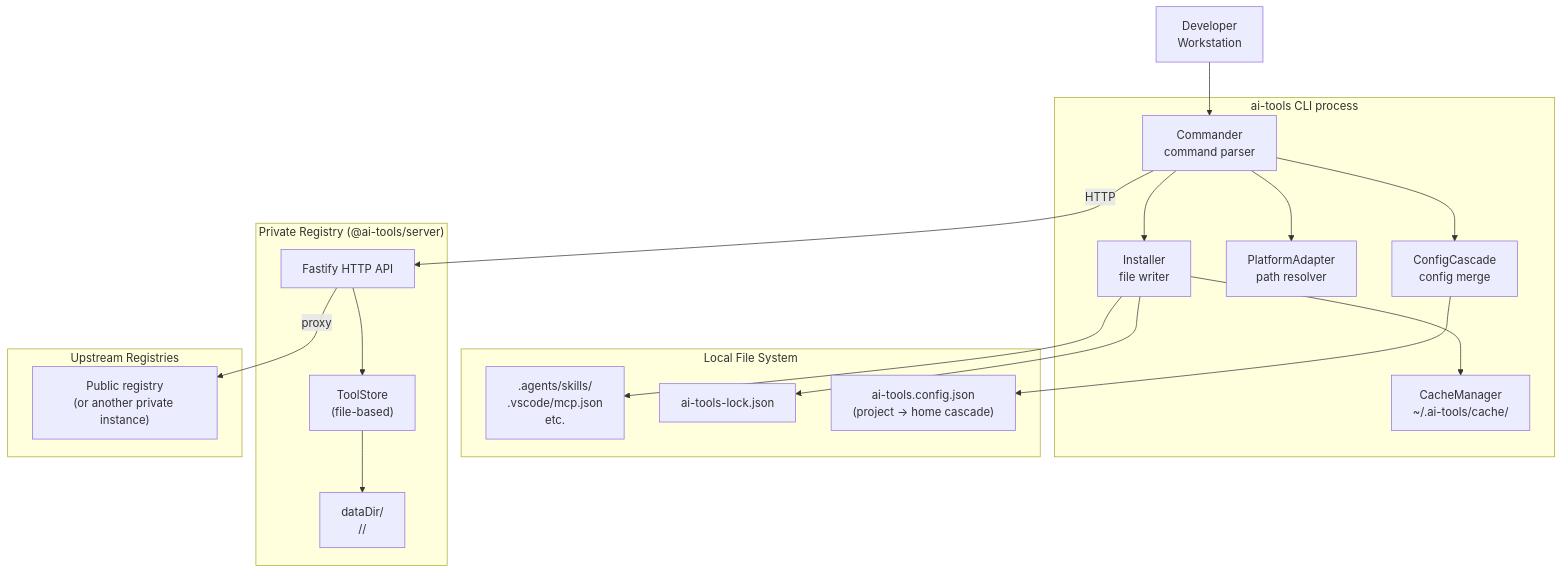
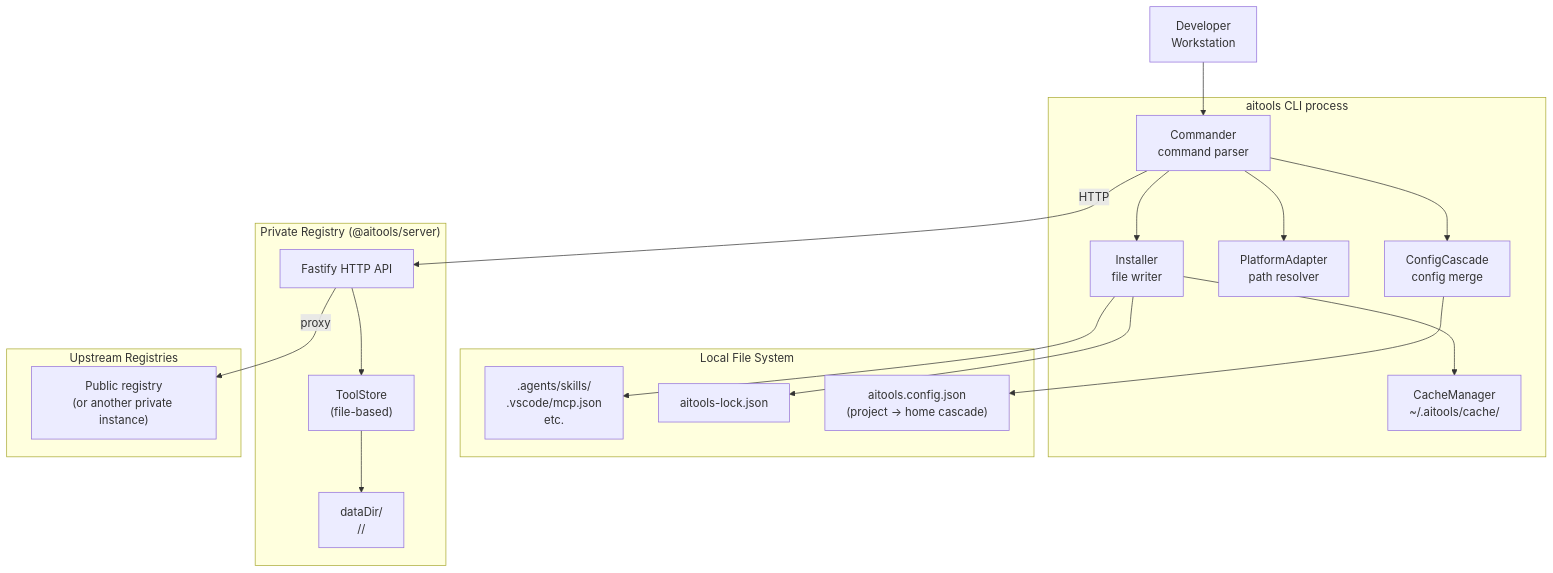
The second of 7 diagrams in docs/design/architecture.md (bitgenetics/aitools), drawn with Mermaid before and after one commit. The commit also changed other lines of this file and 132 other files, not shown here.

First line of the commit message:
refactor: rebrand to aitools CLI and @aitools/* packages

````diff
--- a/docs/design/architecture.md
+++ b/docs/design/architecture.md
@@ -32,41 +32,41 @@
 ```mermaid
 graph TD
     dev["Developer<br/>Workstation"]
 
-    subgraph cli_process["ai-tools CLI process"]
+    subgraph cli_process["aitools CLI process"]
         cli["Commander<br/>command parser"]
         cfg["ConfigCascade<br/>config merge"]
         adp["PlatformAdapter<br/>path resolver"]
         inst["Installer<br/>file writer"]
-        cache["CacheManager<br/>~/.ai-tools/cache/"]
+        cache["CacheManager<br/>~/.aitools/cache/"]
     end
 
     subgraph fs["Local File System"]
         project_files[".agents/skills/<br/>.vscode/mcp.json<br/>etc."]
-        lock["ai-tools-lock.json"]
-        config_files["ai-tools.config.json<br/>(project → home cascade)"]
+        lock["aitools-lock.json"]
+        config_files["aitools.config.json<br/>(project → home cascade)"]
     end
 
-    subgraph private_registry["Private Registry (@ai-tools/server)"]
+    subgraph private_registry["Private Registry (@aitools/server)"]
         api["Fastify HTTP API"]
         store["ToolStore<br/>(file-based)"]
         data["dataDir/<br/><name>/<version>/"]
     end
 
     subgraph upstream["Upstream Registries"]
         pub["Public registry<br/>(or another private instance)"]
     end
 
     dev --> cli
     cfg --> config_files
     cli --> cfg
     cli --> adp
     cli --> inst
     inst --> cache
     inst --> project_files
     inst --> lock
     cli -- "HTTP" --> api
     api --> store
     store --> data
     api -- "proxy" --> pub
 ```
````
